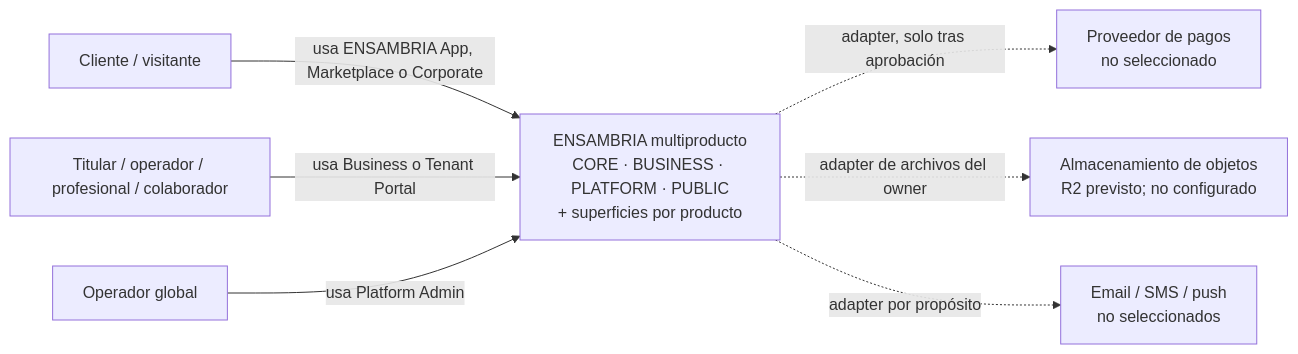
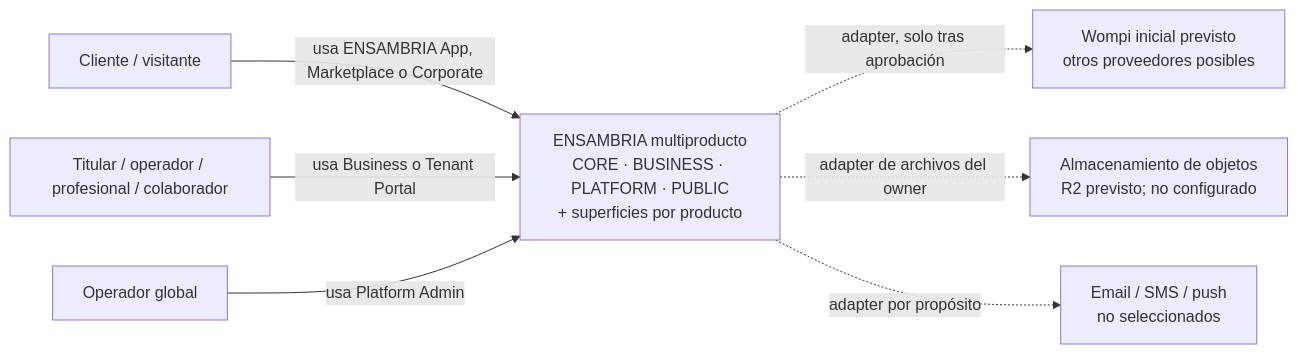
The first of 2 diagrams in docs/registro-fase-0-descubrimiento-arquitectura.md (programadorkevinsvega-sys/ENSAMBRIA), drawn with Mermaid before and after one commit. The commit also changed other lines of this file and 28 other files, not shown here.

````diff
--- a/docs/registro-fase-0-descubrimiento-arquitectura.md
+++ b/docs/registro-fase-0-descubrimiento-arquitectura.md
@@ -46,17 +46,17 @@
 ```mermaid
 flowchart LR
     CUSTOMER["Cliente / visitante"]
     TENANTUSER["Titular / operador / profesional / colaborador"]
     ADMINUSER["Operador global"]
     ENSAMBRIA["ENSAMBRIA multiproducto\nCORE · BUSINESS · PLATFORM · PUBLIC\n+ superficies por producto"]
-    PAYMENT["Proveedor de pagos\nno seleccionado"]
+    PAYMENT["Wompi inicial previsto\notros proveedores posibles"]
     STORAGE["Almacenamiento de objetos\nR2 previsto; no configurado"]
     COMMS["Email / SMS / push\nno seleccionados"]
 
     CUSTOMER -->|"usa ENSAMBRIA App, Marketplace o Corporate"| ENSAMBRIA
     TENANTUSER -->|"usa Business o Tenant Portal"| ENSAMBRIA
     ADMINUSER -->|"usa Platform Admin"| ENSAMBRIA
     ENSAMBRIA -. "adapter, solo tras aprobación" .-> PAYMENT
     ENSAMBRIA -. "adapter de archivos del owner" .-> STORAGE
     ENSAMBRIA -. "adapter por propósito" .-> COMMS
 ```
````
